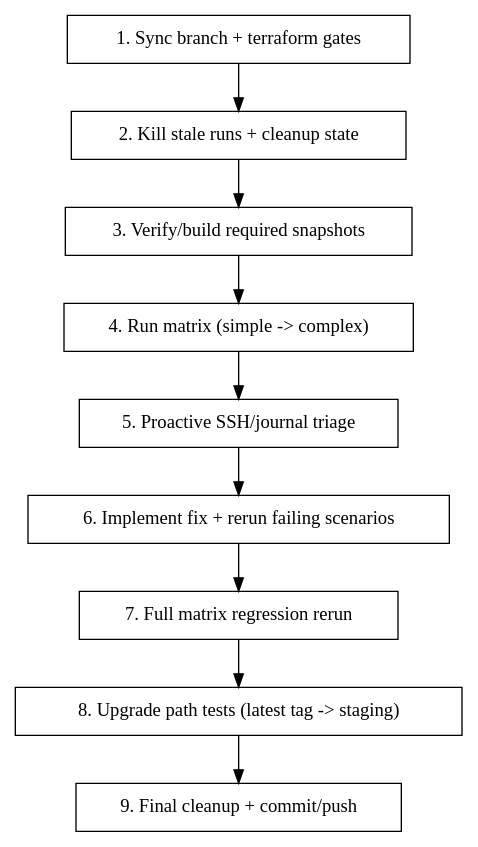
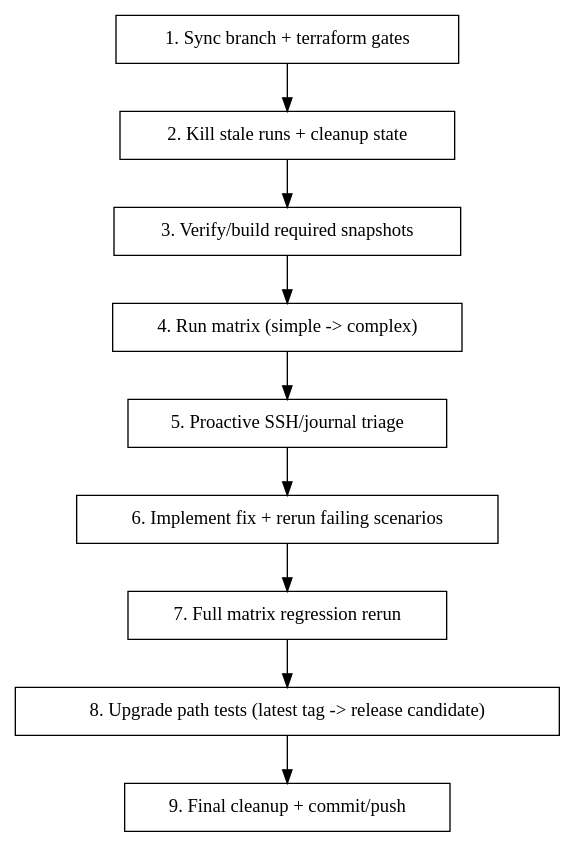
The diagram in .claude/skills/running-stabilization-loop/SKILL.md (KornaKube/terraform-hcloud-kube-hetzner), drawn with Graphviz before and after one commit. The commit also changed other lines of this file and 2 other files, not shown here.

First line of the commit message:
docs: remove stale staging branch guidance

````diff
--- a/.claude/skills/running-stabilization-loop/SKILL.md
+++ b/.claude/skills/running-stabilization-loop/SKILL.md
@@ -80,25 +80,25 @@
 ```dot
 digraph stabilize_flow {
     rankdir=TB;
     node [shape=box];
 
     sync [label="1. Sync branch + terraform gates"];
     clean [label="2. Kill stale runs + cleanup state"];
     images [label="3. Verify/build required snapshots"];
     matrix [label="4. Run matrix (simple -> complex)"];
     debug [label="5. Proactive SSH/journal triage"];
     fix [label="6. Implement fix + rerun failing scenarios"];
     full [label="7. Full matrix regression rerun"];
-    upgrade [label="8. Upgrade path tests (latest tag -> staging)"];
+    upgrade [label="8. Upgrade path tests (latest tag -> release candidate)"];
     finalize [label="9. Final cleanup + commit/push"];
 
     sync -> clean;
     clean -> images;
     images -> matrix;
     matrix -> debug;
     debug -> fix;
     fix -> full;
     full -> upgrade;
     upgrade -> finalize;
 }
 ```
````
